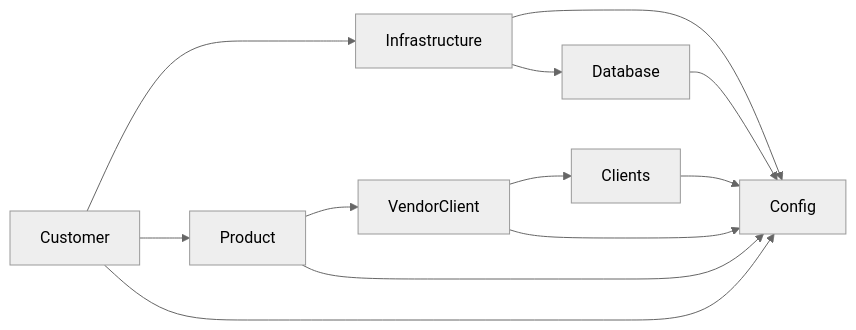
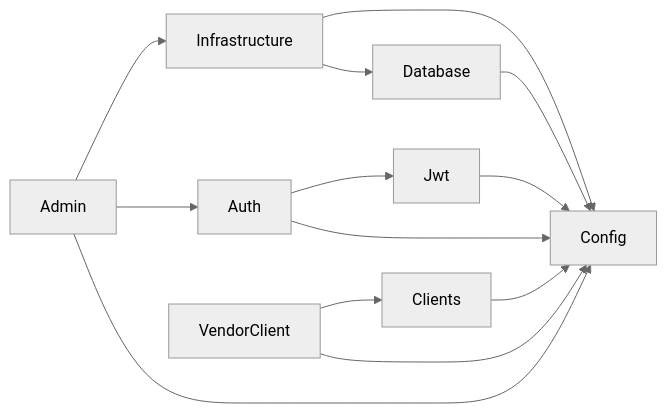
One commit to andriamirul/nestjs-e-procurement changed the first of 2 diagrams in README.md. Above: the diagram before and after it, drawn with Mermaid (neutral theme). The commit also changed other lines of this file, not shown here.

````diff
--- a/README.md
+++ b/README.md
@@ -91,14 +24,15 @@
 ```mermaid
 graph LR
-  Customer-->Infrastructure
+  Admin-->Infrastructure
   Infrastructure-->Config
   Infrastructure-->Database
   Database-->Config
-  Customer-->Product
-  Product-->VendorClient
+  Admin-->Auth
+  Auth-->Jwt
+  Jwt-->Config
+  Auth-->Config
   VendorClient-->Clients
   Clients-->Config
   VendorClient-->Config
-  Product-->Config
-  Customer-->Config
+  Admin-->Config
 ```
````
